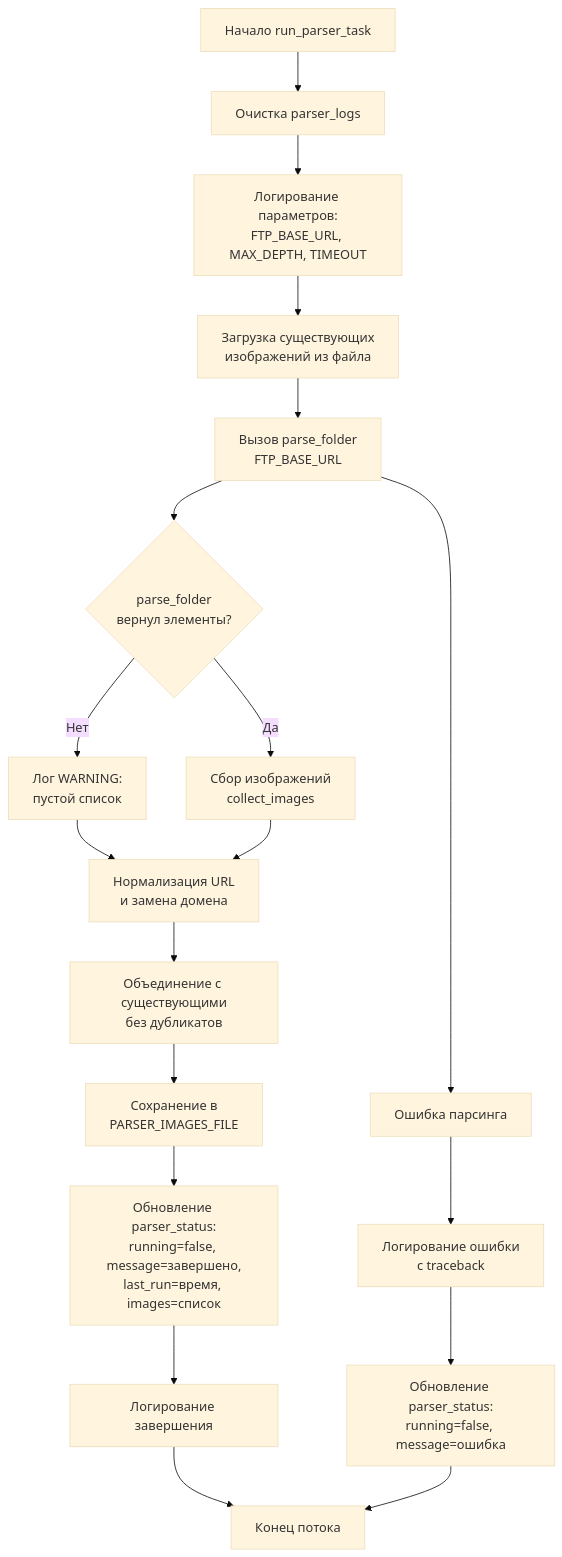
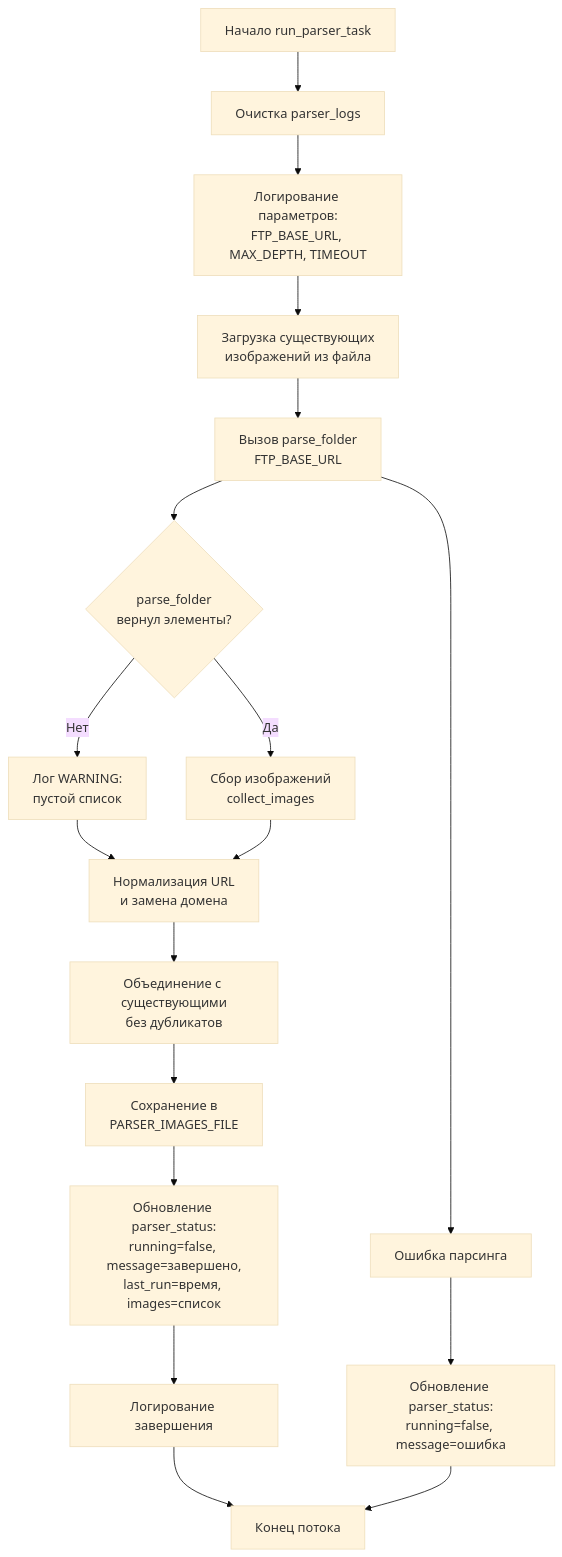
The second of 7 diagrams in parser_flowchart.md (kop1ka/NavigatorMuseum), drawn with Mermaid (base theme) before and after one commit. The commit also changed other lines of this file and 6 other files, not shown here.

First line of the commit message:
Remove error logging from parser and update flowchart documentation

````diff
--- a/parser_flowchart.md
+++ b/parser_flowchart.md
@@ -22,25 +22,24 @@
 ```mermaid
 flowchart TD
     Start[Начало run_parser_task] --> ClearLogs[Очистка parser_logs]
     ClearLogs --> LogInit[Логирование параметров:<br/>FTP_BASE_URL, MAX_DEPTH, TIMEOUT]
     LogInit --> LoadExisting[Загрузка существующих<br/>изображений из файла]
     LoadExisting --> CallParseFolder[Вызов parse_folder<br/>FTP_BASE_URL]
     
     CallParseFolder --> ParseResult{parse_folder<br/>вернул элементы?}
     ParseResult -->|Нет| LogWarning[Лог WARNING:<br/>пустой список]
     ParseResult -->|Да| CollectImages[Сбор изображений<br/>collect_images]
     
     LogWarning --> NormalizeURLs[Нормализация URL<br/>и замена домена]
     CollectImages --> NormalizeURLs
     
     NormalizeURLs --> MergeImages[Объединение с существующими<br/>без дубликатов]
     MergeImages --> SaveToFile[Сохранение в<br/>PARSER_IMAGES_FILE]
     SaveToFile --> UpdateStatus[Обновление parser_status:<br/>running=false, message=завершено,<br/>last_run=время, images=список]
     UpdateStatus --> LogComplete[Логирование завершения]
     LogComplete --> End[Конец потока]
     
     CallParseFolder --> ParseError[Ошибка парсинга]
-    ParseError --> LogError[Логирование ошибки<br/>с traceback]
-    LogError --> UpdateStatusError[Обновление parser_status:<br/>running=false, message=ошибка]
+    ParseError --> UpdateStatusError[Обновление parser_status:<br/>running=false, message=ошибка]
     UpdateStatusError --> End
 ```
````
